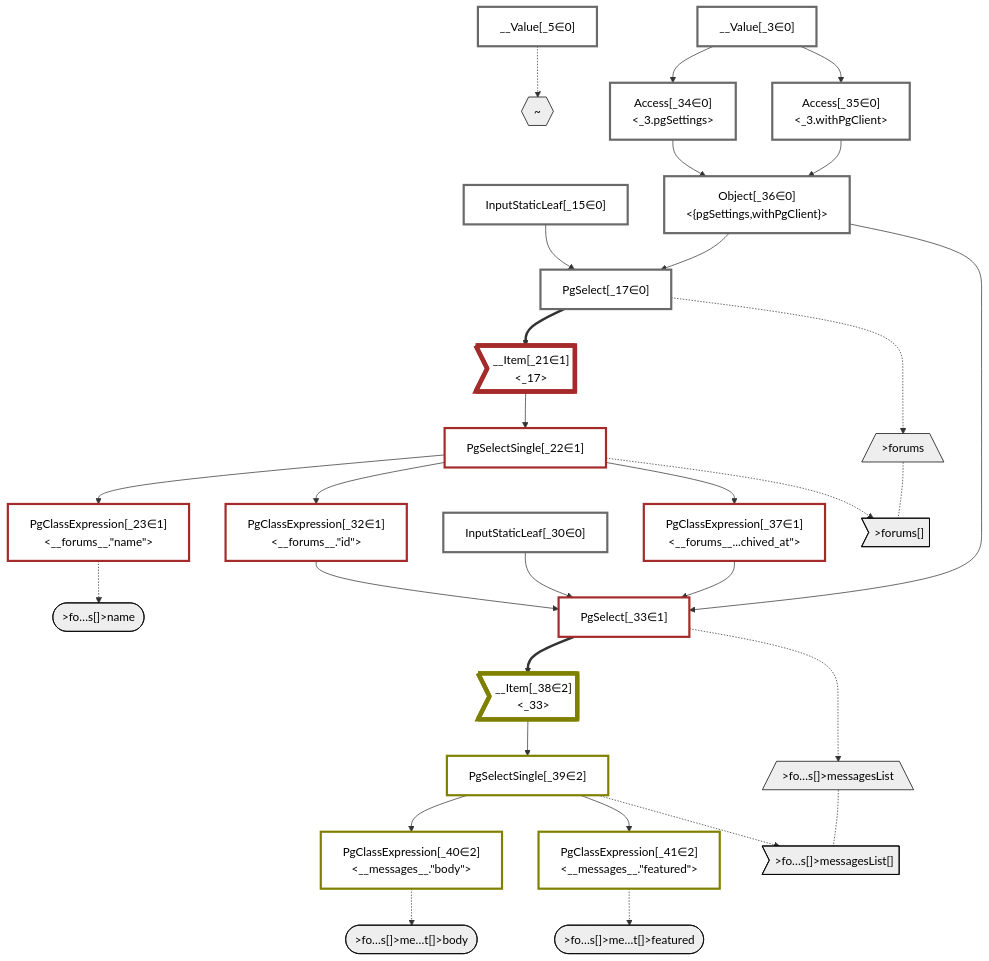
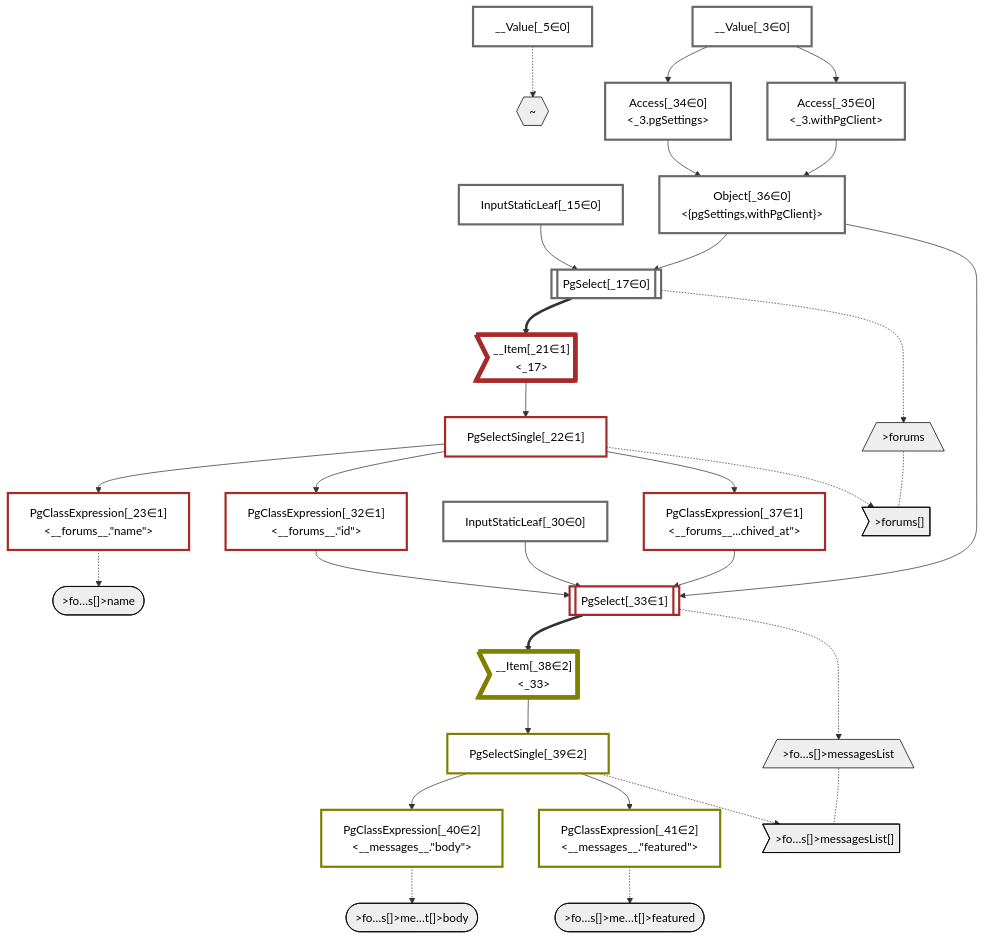
One commit to graphile/crystal changed the diagram in packages/dataplan-pg/__tests__/queries/conditions/complex-filter.deopt.mermaid.md. Above: the diagram before and after it, drawn with Mermaid. The commit also changed 195 other files, not shown here.

```diff
--- a/packages/dataplan-pg/__tests__/queries/conditions/complex-filter.deopt.mermaid.md
+++ b/packages/dataplan-pg/__tests__/queries/conditions/complex-filter.deopt.mermaid.md
@@ -27,13 +27,13 @@
     __Value_3["__Value[_3∈0]<br /><context>"]:::plan
     __Value_5["__Value[_5∈0]<br /><rootValue>"]:::plan
     InputStaticLeaf_15["InputStaticLeaf[_15∈0]"]:::plan
-    PgSelect_17["PgSelect[_17∈0]<br /><forums>"]:::plan
+    PgSelect_17[["PgSelect[_17∈0]<br /><forums>"]]:::plan
     __Item_21>"__Item[_21∈1]<br /><_17>"]:::itemplan
     PgSelectSingle_22["PgSelectSingle[_22∈1]<br /><forums>"]:::plan
     PgClassExpression_23["PgClassExpression[_23∈1]<br /><__forums__.#quot;name#quot;>"]:::plan
     InputStaticLeaf_30["InputStaticLeaf[_30∈0]"]:::plan
     PgClassExpression_32["PgClassExpression[_32∈1]<br /><__forums__.#quot;id#quot;>"]:::plan
-    PgSelect_33["PgSelect[_33∈1]<br /><messages>"]:::plan
+    PgSelect_33[["PgSelect[_33∈1]<br /><messages>"]]:::plan
     Access_34["Access[_34∈0]<br /><_3.pgSettings>"]:::plan
     Access_35["Access[_35∈0]<br /><_3.withPgClient>"]:::plan
     Object_36["Object[_36∈0]<br /><{pgSettings,withPgClient}>"]:::plan
```
